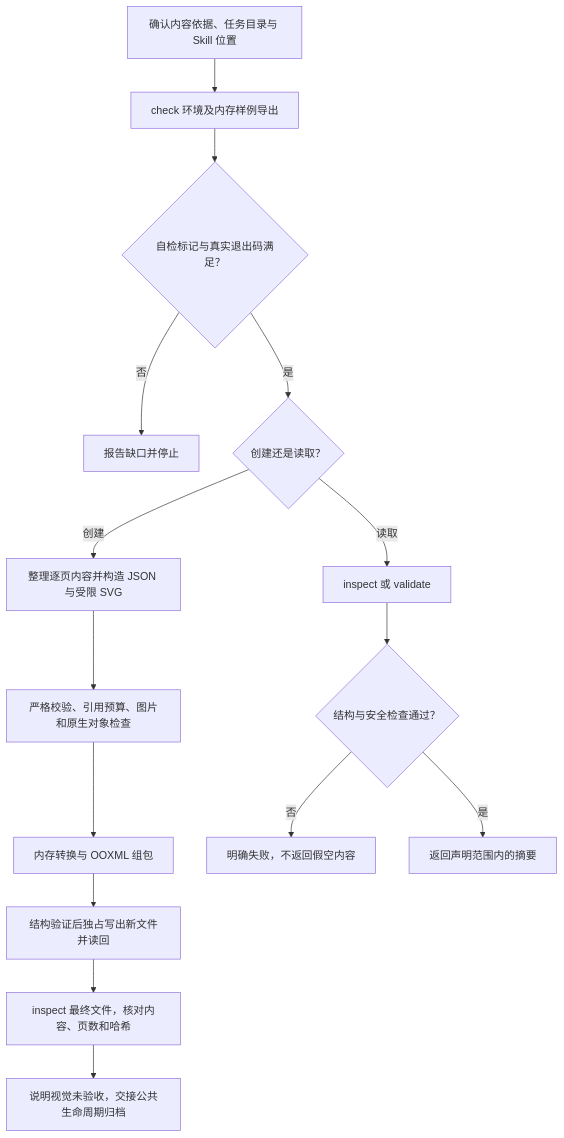
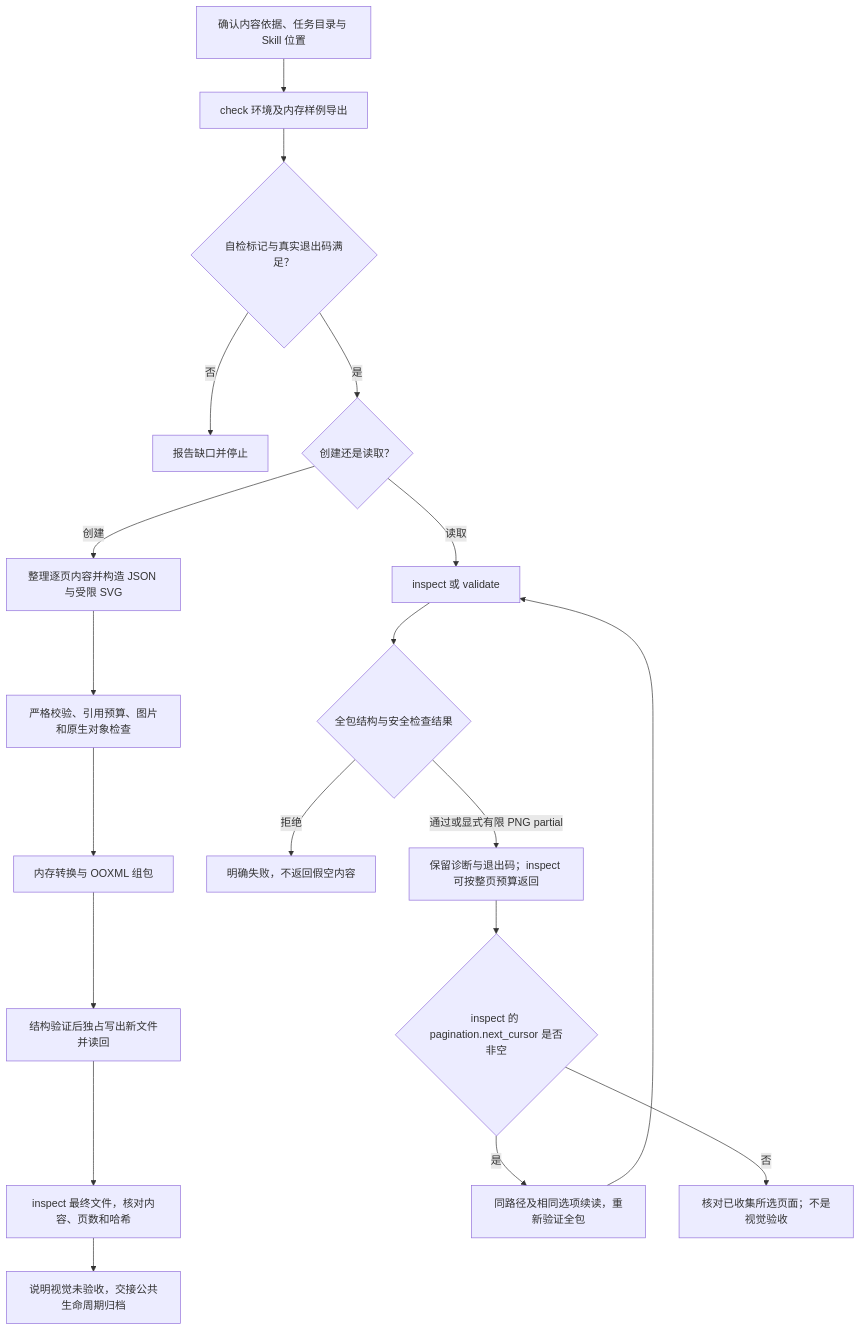
One commit to JohnParken/PSL-SKILLS changed the second of 2 diagrams in docs/skills/pptx.md. Above: the diagram before and after it, drawn with Mermaid. The commit also changed other lines of this file and 17 other files, not shown here.

````diff
--- a/docs/skills/pptx.md
+++ b/docs/skills/pptx.md
@@ -52,17 +54,21 @@
 ```mermaid
 flowchart TD
     A["确认内容依据、任务目录与 Skill 位置"] --> B["check 环境及内存样例导出"]
     B --> C{"自检标记与真实退出码满足？"}
     C -->|"否"| X["报告缺口并停止"]
     C -->|"是"| D{"创建还是读取？"}
     D -->|"创建"| E["整理逐页内容并构造 JSON 与受限 SVG"]
     E --> F["严格校验、引用预算、图片和原生对象检查"]
     F --> G["内存转换与 OOXML 组包"]
     G --> H["结构验证后独占写出新文件并读回"]
     H --> I["inspect 最终文件，核对内容、页数和哈希"]
     I --> J["说明视觉未验收，交接公共生命周期归档"]
     D -->|"读取"| K["inspect 或 validate"]
-    K --> L{"结构与安全检查通过？"}
-    L -->|"否"| Y["明确失败，不返回假空内容"]
-    L -->|"是"| M["返回声明范围内的摘要"]
+    K --> L{"全包结构与安全检查结果"}
+    L -->|"拒绝"| Y["明确失败，不返回假空内容"]
+    L -->|"通过或显式有限 PNG partial"| M["保留诊断与退出码；inspect 可按整页预算返回"]
+    M --> O{"inspect 的 pagination.next_cursor 是否非空"}
+    O -->|"是"| P["同路径及相同选项续读，重新验证全包"]
+    P --> K
+    O -->|"否"| Q["核对已收集所选页面；不是视觉验收"]
 ```
````
